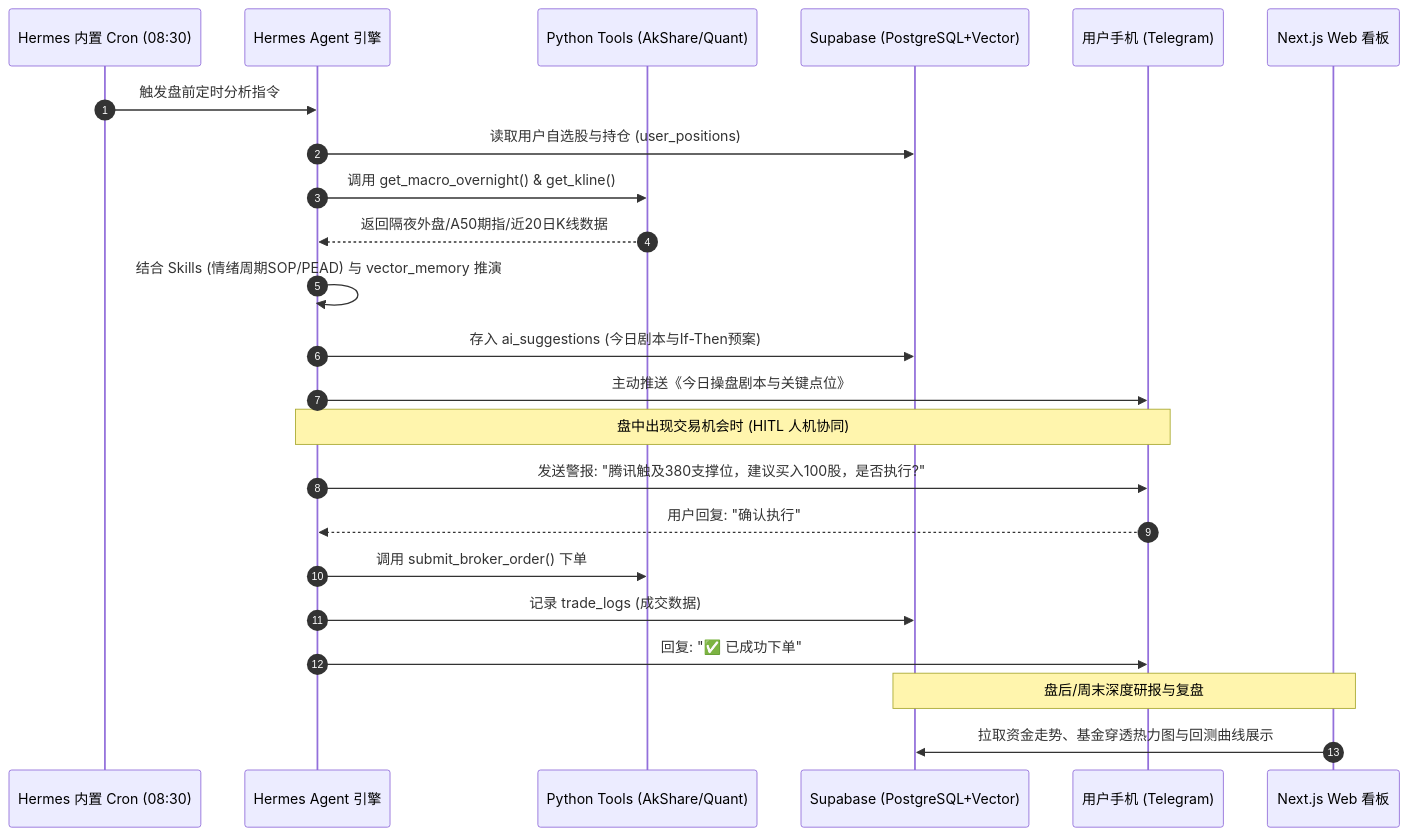
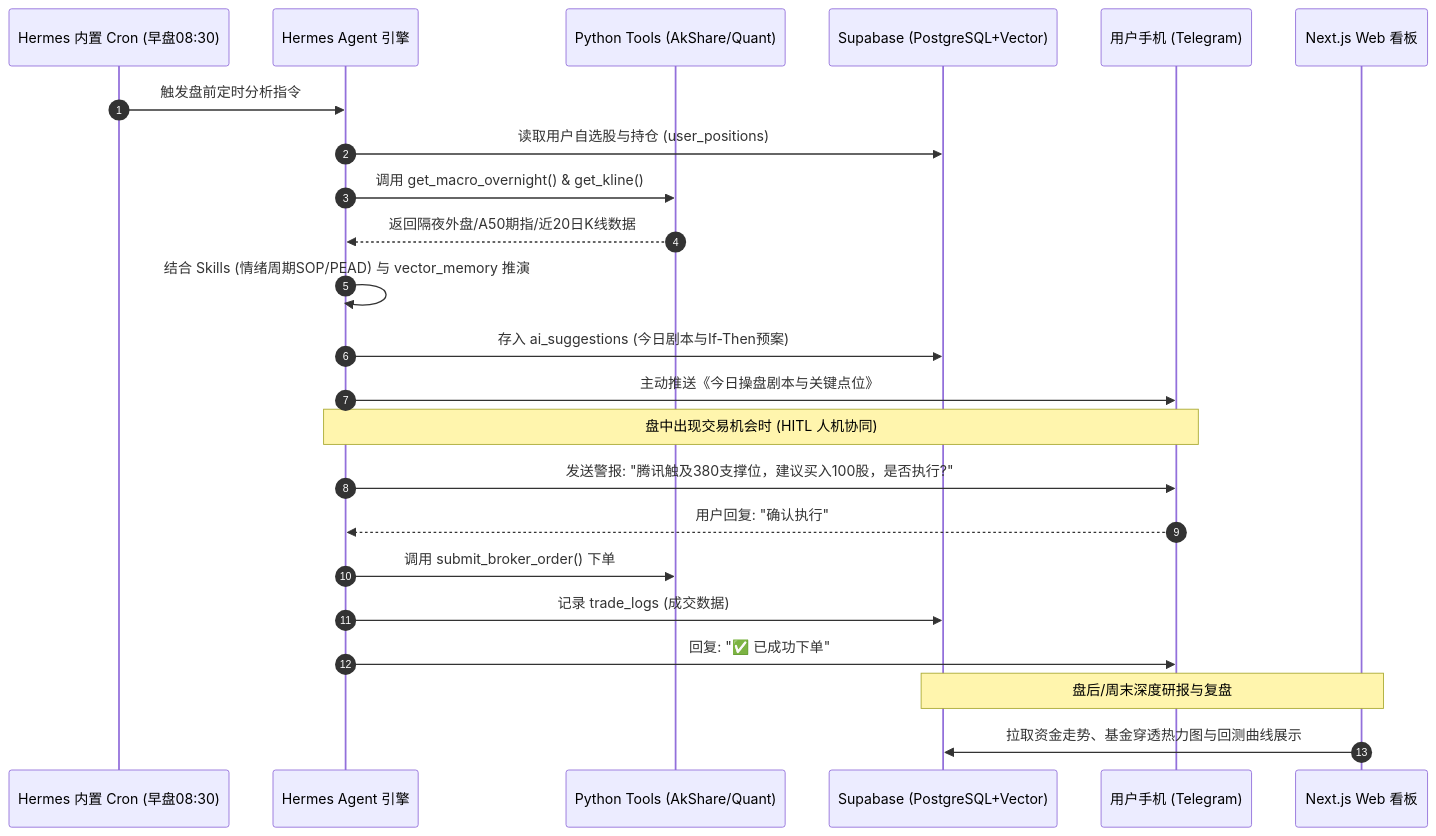
The first of 2 diagrams in docs/02.WealthSail投研平台全栈技术选型与架构评估.md (sinojelly/wealthsail), drawn with Mermaid before and after one commit. The commit also changed other lines of this file and 1 other file, not shown here.

First line of the commit message:
docs: 调整 docs/01 与 docs/02 文档边界，统一模块职责与路线图归属

````diff
--- a/docs/02.WealthSail投研平台全栈技术选型与架构评估.md
+++ b/docs/02.WealthSail投研平台全栈技术选型与架构评估.md
@@ -102,28 +115,28 @@
 ```mermaid
 sequenceDiagram
     autonumber
-    participant NAS_Cron as Hermes 内置 Cron (08:30)
+    participant NAS_Cron as Hermes 内置 Cron (早盘08:30)
     participant Hermes as Hermes Agent 引擎
     participant Tools as Python Tools (AkShare/Quant)
     participant Supabase as Supabase (PostgreSQL+Vector)
     participant TG as 用户手机 (Telegram)
     participant Web as Next.js Web 看板
 
     NAS_Cron ->> Hermes: 触发盘前定时分析指令
     Hermes ->> Supabase: 读取用户自选股与持仓 (user_positions)
     Hermes ->> Tools: 调用 get_macro_overnight() & get_kline()
     Tools -->> Hermes: 返回隔夜外盘/A50期指/近20日K线数据
     Hermes ->> Hermes: 结合 Skills (情绪周期SOP/PEAD) 与 vector_memory 推演
     Hermes ->> Supabase: 存入 ai_suggestions (今日剧本与If-Then预案)
     Hermes ->> TG: 主动推送《今日操盘剧本与关键点位》
     
     Note over TG, Hermes: 盘中出现交易机会时 (HITL 人机协同)
     Hermes ->> TG: 发送警报: "腾讯触及380支撑位，建议买入100股，是否执行?"
     TG -->> Hermes: 用户回复: "确认执行"
     Hermes ->> Tools: 调用 submit_broker_order() 下单
     Hermes ->> Supabase: 记录 trade_logs (成交数据)
     Hermes ->> TG: 回复: "✅ 已成功下单"
 
     Note over Web, Supabase: 盘后/周末深度研报与复盘
     Web ->> Supabase: 拉取资金走势、基金穿透热力图与回测曲线展示
 ```
````
